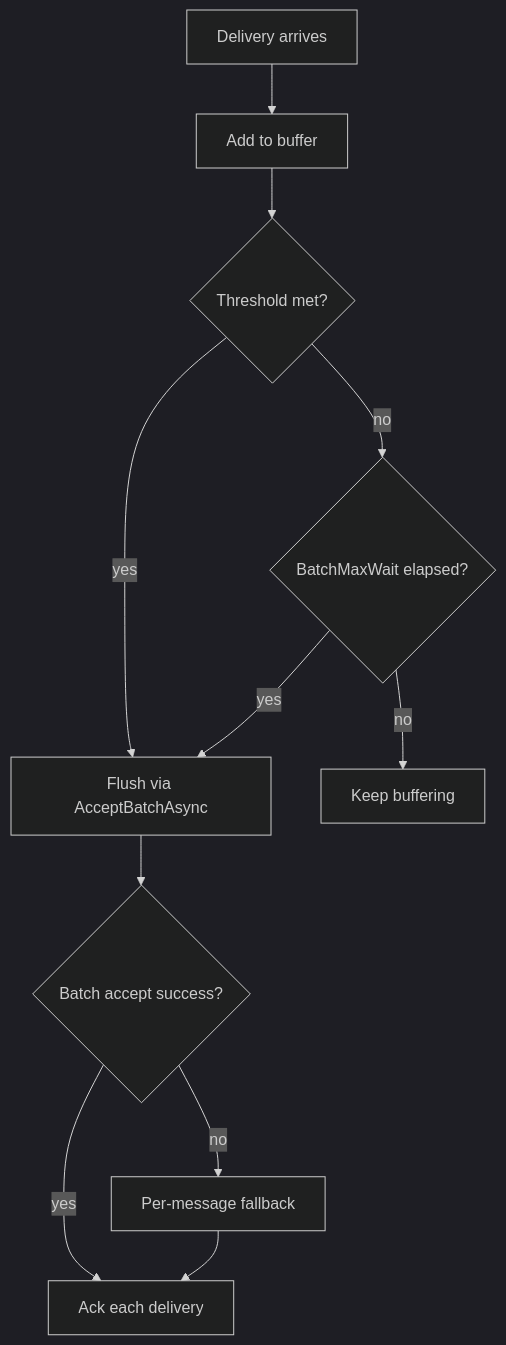
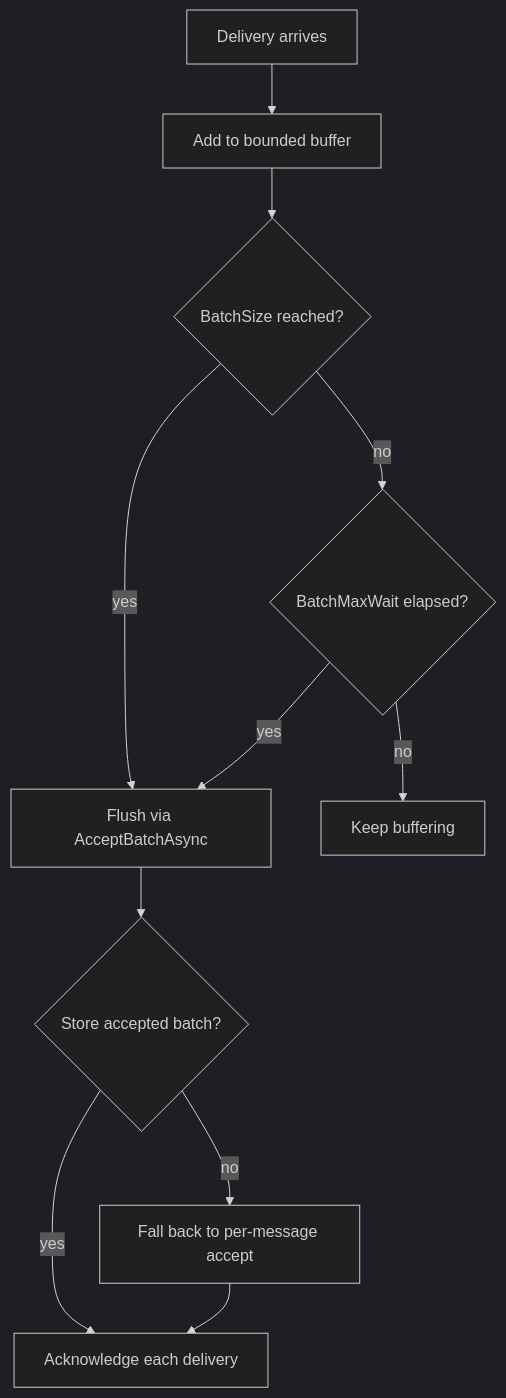
The diagram in site/content/docs/catalog/ingress/batch-accept.md (litenova/LiteBus), drawn with Mermaid (dark theme) before and after one commit. The commit also changed other lines of this file and 86 other files, not shown here.

````diff
--- a/site/content/docs/catalog/ingress/batch-accept.md
+++ b/site/content/docs/catalog/ingress/batch-accept.md
@@ -16,13 +32,13 @@
 ```mermaid
 flowchart TD
-  M[Delivery arrives] --> B[Add to buffer]
-  B --> T{Threshold met?}
+  M[Delivery arrives] --> B[Add to bounded buffer]
+  B --> T{BatchSize reached?}
   T -- yes --> F[Flush via AcceptBatchAsync]
   T -- no --> W{BatchMaxWait elapsed?}
   W -- yes --> F
   W -- no --> K[Keep buffering]
-  F --> S{Batch accept success?}
-  S -- yes --> A[Ack each delivery]
-  S -- no --> P[Per-message fallback]
+  F --> S{Store accepted batch?}
+  S -- yes --> A[Acknowledge each delivery]
+  S -- no --> P[Fall back to per-message accept]
   P --> A
 ```
````
